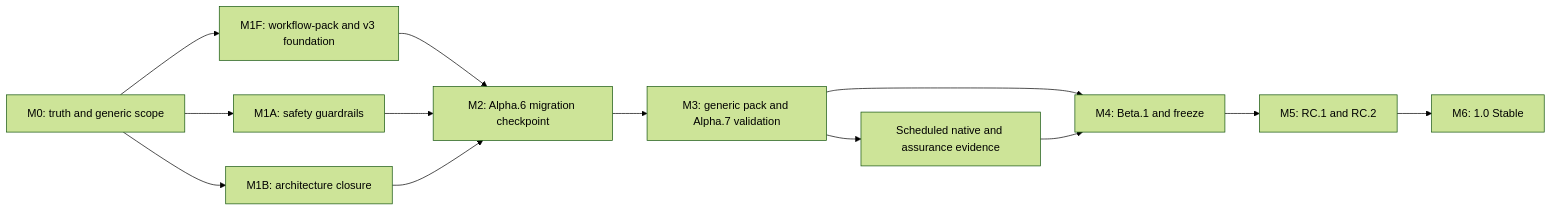
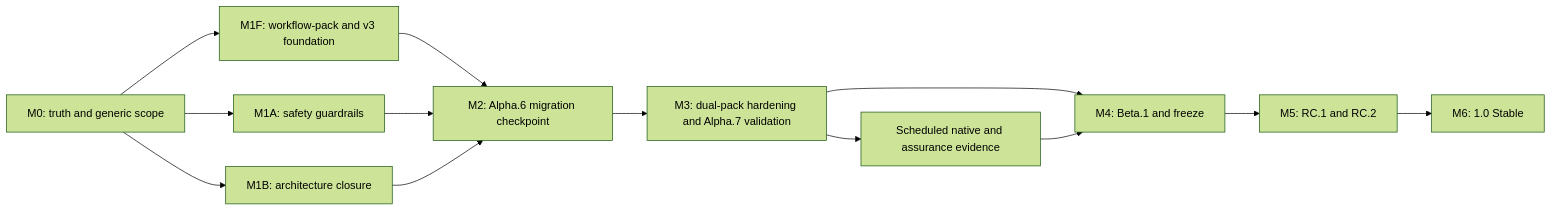
Before and after one commit to jxpeng98/CanISend: the diagram in docs/superpowers/plans/2026-07-25-1.0-release-roadmap.md, drawn with Mermaid (forest theme). The commit also changed other lines of this file and 3 other files, not shown here.

First line of the commit message:
docs(roadmap): freeze dual-pack Alpha.6 scope

````diff
--- a/docs/superpowers/plans/2026-07-25-1.0-release-roadmap.md
+++ b/docs/superpowers/plans/2026-07-25-1.0-release-roadmap.md
@@ -291,15 +293,15 @@
 ```mermaid
 flowchart LR
     M0["M0: truth and generic scope"] --> M1F["M1F: workflow-pack and v3 foundation"]
     M0 --> M1A["M1A: safety guardrails"]
     M0 --> M1B["M1B: architecture closure"]
     M1F --> M2["M2: Alpha.6 migration checkpoint"]
     M1A --> M2
     M1B --> M2
-    M2 --> M3["M3: generic pack and Alpha.7 validation"]
+    M2 --> M3["M3: dual-pack hardening and Alpha.7 validation"]
     M3 --> M4["M4: Beta.1 and freeze"]
     M4 --> M5["M5: RC.1 and RC.2"]
     M5 --> M6["M6: 1.0 Stable"]
     M3 --> NATIVE["Scheduled native and assurance evidence"]
     NATIVE --> M4
 ```
````
